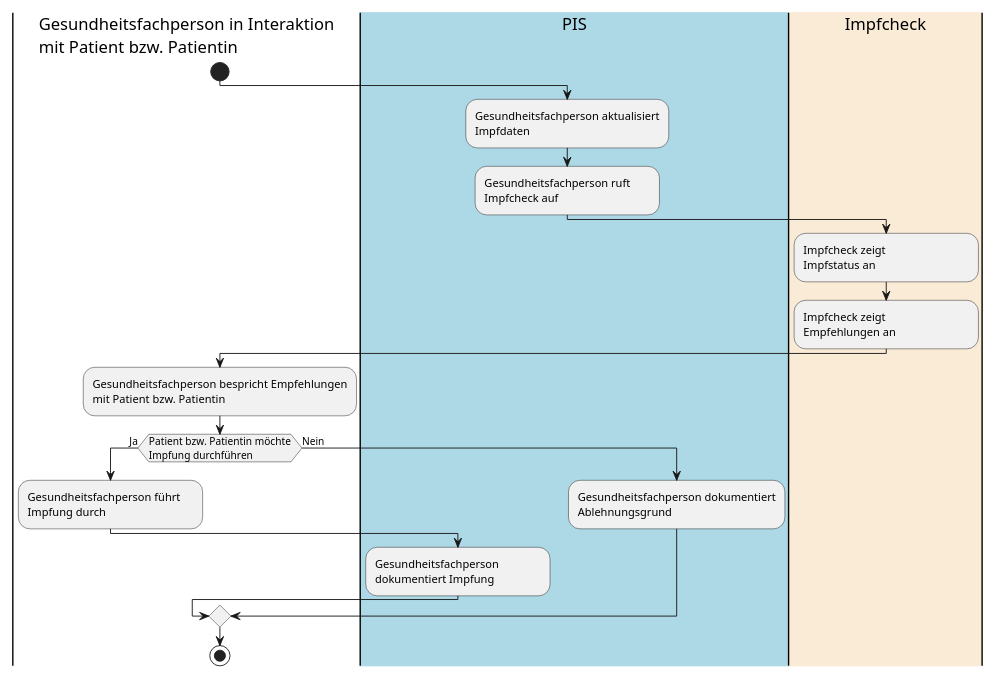
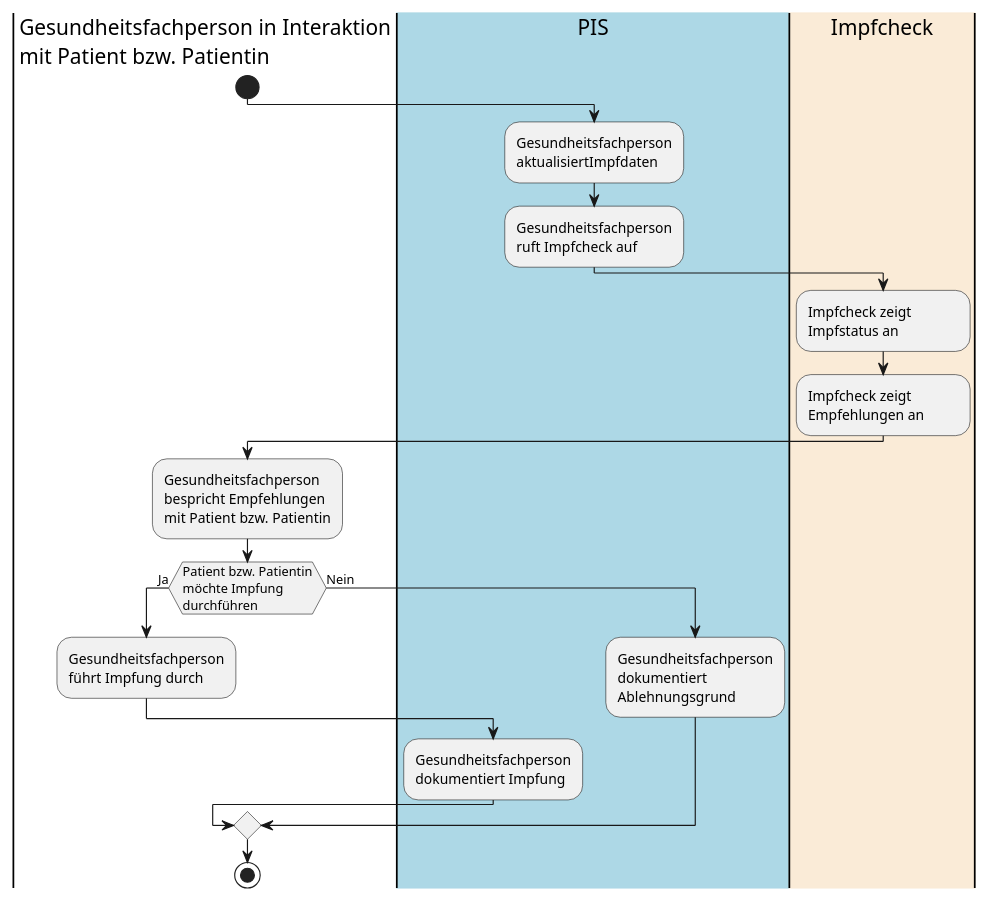
The diagram in input/images-source/use-case-14-impfcheck-arzt-de.plantuml (hl7ch/ch-vacd), drawn with PlantUML before and after one commit. The commit also changed 3 other files, not shown here.

```diff
--- a/input/images-source/use-case-14-impfcheck-arzt-de.plantuml
+++ b/input/images-source/use-case-14-impfcheck-arzt-de.plantuml
@@ -1,33 +1,33 @@
 @startuml
 scale max 800 width
 <style>
-element {MinimumWidth 200}
+element {MinimumWidth 150}
 </style>
 
 |Gesundheitsfachperson in Interaktion\nmit Patient bzw. Patientin|
 start
 |#LightBlue|PIS|
-:Gesundheitsfachperson aktualisiert\nImpfdaten; 
-:Gesundheitsfachperson ruft\nImpfcheck auf;
+:Gesundheitsfachperson\naktualisiertImpfdaten; 
+:Gesundheitsfachperson\nruft Impfcheck auf;
 
 |#AntiqueWhite|Impfcheck|
 :Impfcheck zeigt\nImpfstatus an;
 :Impfcheck zeigt\nEmpfehlungen an;
 
 |Gesundheitsfachperson in Interaktion\nmit Patient bzw. Patientin|
-:Gesundheitsfachperson bespricht Empfehlungen\nmit Patient bzw. Patientin;
-if (Patient bzw. Patientin möchte\nImpfung durchführen) then (Ja)
-  :Gesundheitsfachperson führt\nImpfung durch;
+:Gesundheitsfachperson\nbespricht Empfehlungen\nmit Patient bzw. Patientin;
+if (Patient bzw. Patientin\nmöchte Impfung\ndurchführen) then (Ja)
+  :Gesundheitsfachperson\nführt Impfung durch;
   |#LightBlue|PIS|
   :Gesundheitsfachperson\ndokumentiert Impfung;
   |Gesundheitsfachperson in Interaktion\nmit Patient bzw. Patientin|
 else (Nein)
   |PIS|
-  :Gesundheitsfachperson dokumentiert\nAblehnungsgrund;
+  :Gesundheitsfachperson\ndokumentiert\nAblehnungsgrund;
   |Gesundheitsfachperson in Interaktion\nmit Patient bzw. Patientin|
 endif
 
 stop
 
 
 @enduml
```
